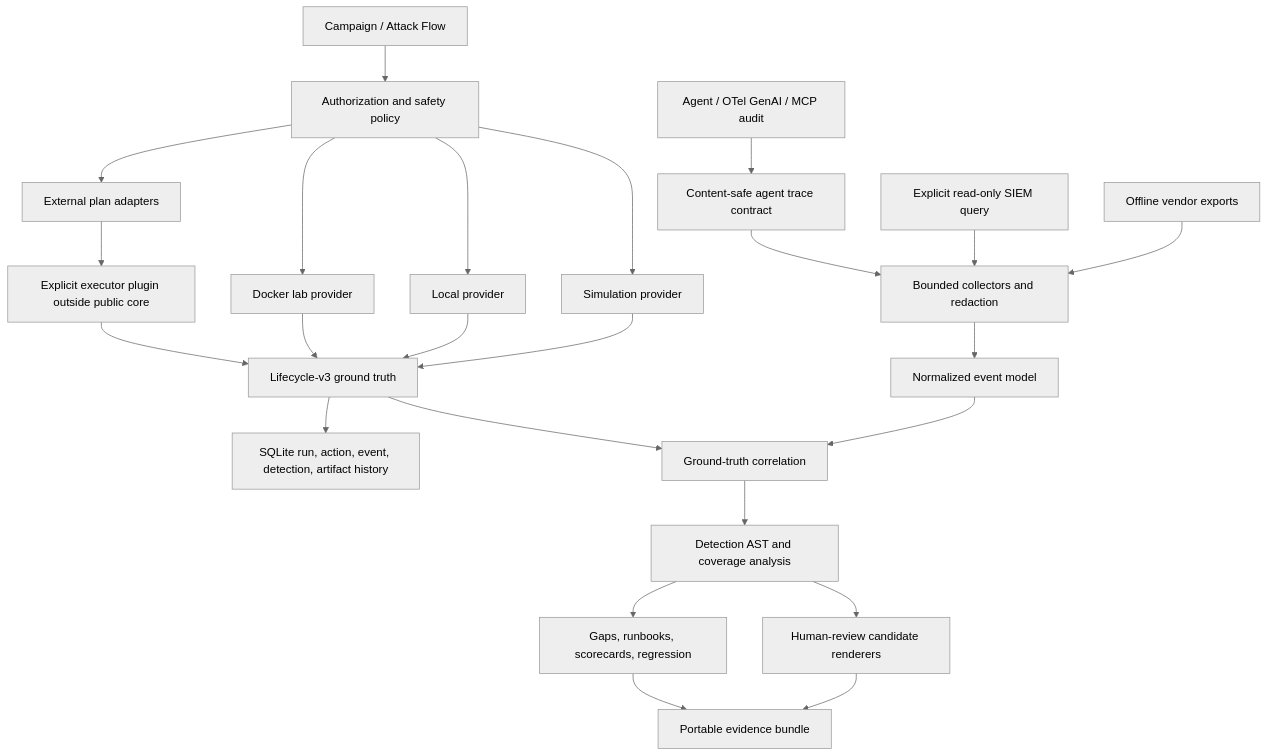
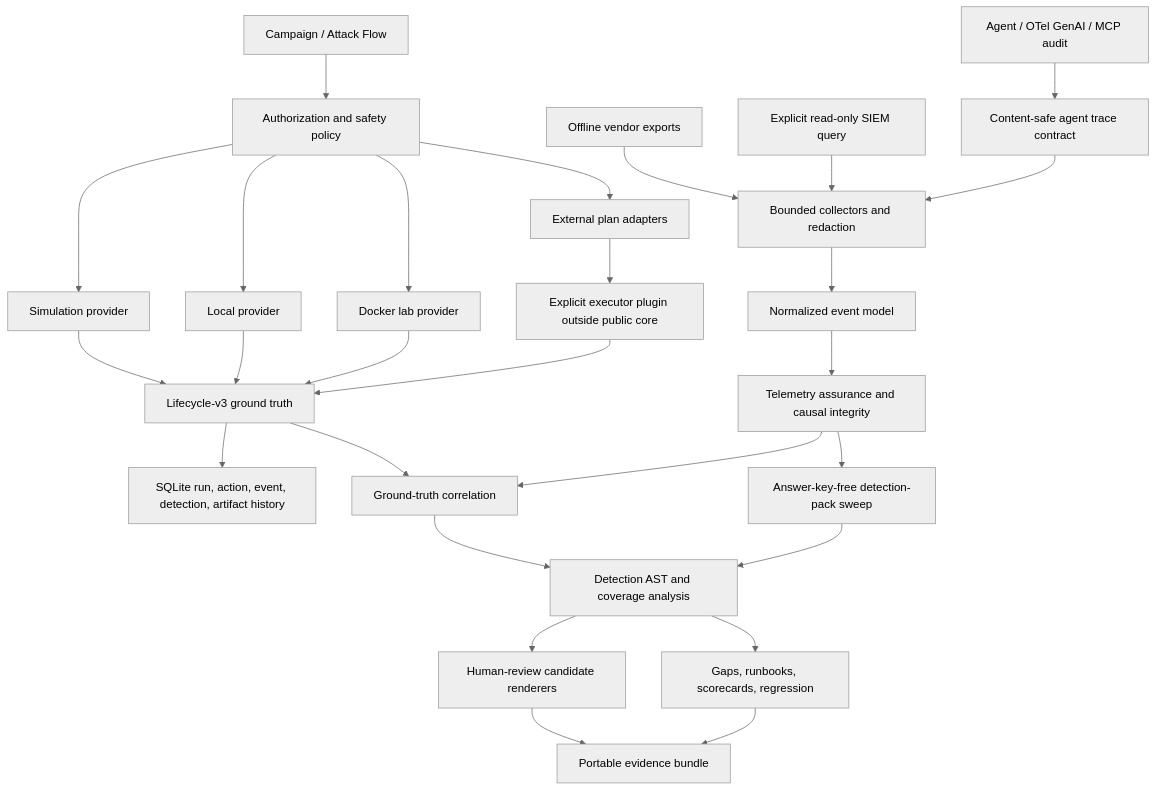
The diagram in ARCHITECTURE.md (hellnbak/AgentSim), drawn with Mermaid (neutral theme) before and after one commit. The commit also changed other lines of this file and 35 other files, not shown here.

Commit message:
Release v1.3.0 telemetry assurance

````diff
--- a/ARCHITECTURE.md
+++ b/ARCHITECTURE.md
@@ -7,26 +7,29 @@
 ```mermaid
 flowchart TD
     Campaign["Campaign / Attack Flow"] --> Policy["Authorization and safety policy"]
     Policy --> Sim["Simulation provider"]
     Policy --> Local["Local provider"]
     Policy --> Docker["Docker lab provider"]
     Policy --> Plan["External plan adapters"]
     Plan --> Plugin["Explicit executor plugin outside public core"]
     Sim --> Timeline["Lifecycle-v3 ground truth"]
     Local --> Timeline
     Docker --> Timeline
     Plugin --> Timeline
     Timeline --> Store["SQLite run, action, event, detection, artifact history"]
     Export["Offline vendor exports"] --> Collect["Bounded collectors and redaction"]
     Live["Explicit read-only SIEM query"] --> Collect
     Runtime["Agent / OTel GenAI / MCP audit"] --> Contract["Content-safe agent trace contract"]
     Contract --> Collect
     Collect --> Normalize["Normalized event model"]
-    Normalize --> Correlate["Ground-truth correlation"]
+    Normalize --> Assure["Telemetry assurance and causal integrity"]
+    Assure --> Correlate["Ground-truth correlation"]
+    Assure --> Sweep["Answer-key-free detection-pack sweep"]
     Timeline --> Correlate
     Correlate --> Detect["Detection AST and coverage analysis"]
+    Sweep --> Detect
     Detect --> Candidate["Human-review candidate renderers"]
     Detect --> Defense["Gaps, runbooks, scorecards, regression"]
     Candidate --> Bundle["Portable evidence bundle"]
     Defense --> Bundle
 ```
````
